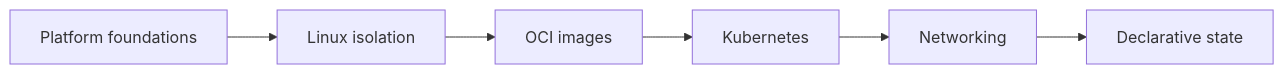
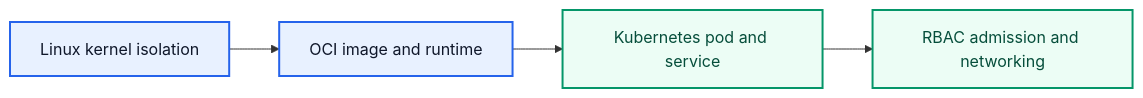
One commit to platform-engineering-labz/platform-engineering changed the diagram in book/01-foundations/diagram.mmd. Above: the diagram before and after it, drawn with Mermaid. The commit also changed 3 other files, not shown here.

Commit message:
docs: refresh encyclopedia and foundation diagram sources

```diff
--- a/book/01-foundations/diagram.mmd
+++ b/book/01-foundations/diagram.mmd
@@ -1,12 +1,12 @@
 flowchart LR
-  ROOT["Platform foundations"]
-  N0["Linux isolation"]
-  ROOT --> N0
-  N1["OCI images"]
+  N0["Linux kernel isolation"]
+  N1["OCI image and runtime"]
   N0 --> N1
-  N2["Kubernetes"]
+  N2["Kubernetes pod and service"]
   N1 --> N2
-  N3["Networking"]
+  N3["RBAC admission and networking"]
   N2 --> N3
-  N4["Declarative state"]
-  N3 --> N4
+  classDef core fill:#E8F1FF,stroke:#2563EB,stroke-width:2px,color:#0F172A
+  classDef stage fill:#ECFDF5,stroke:#059669,stroke-width:2px,color:#064E3B
+  class N0,N1 core
+  class N2,N3 stage
```
